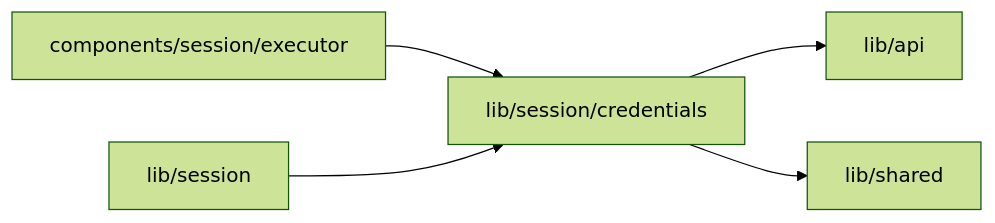
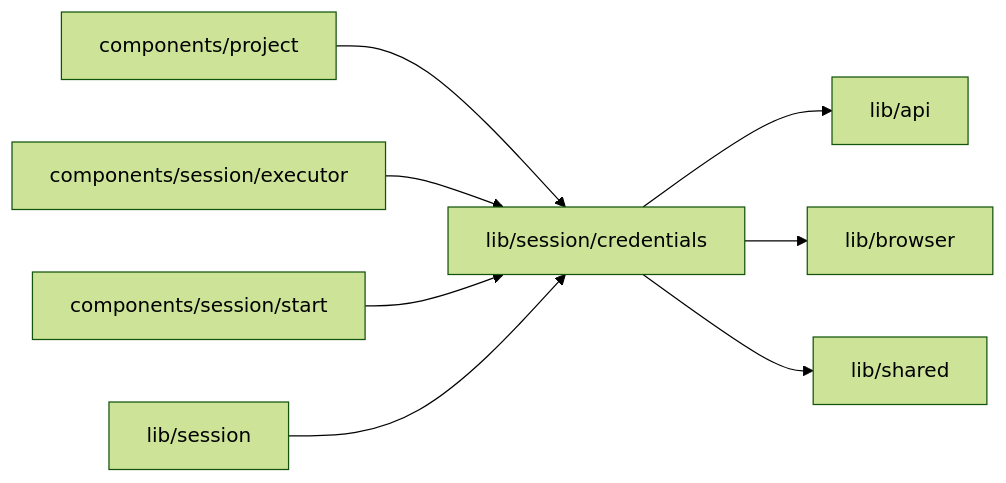
One commit to superdurable/superverse changed the diagram in web/studio/lib/session/credentials/README.md. Above: the diagram before and after it, drawn with Mermaid (forest theme). The commit also changed other lines of this file and 30 other files, not shown here.

````diff
--- a/web/studio/lib/session/credentials/README.md
+++ b/web/studio/lib/session/credentials/README.md
@@ -10,8 +10,11 @@
 ```mermaid
 flowchart LR
   self["lib/session/credentials"]
-  c0["components/session/executor"] --> self
-  c1["lib/session"] --> self
+  c0["components/project"] --> self
+  c1["components/session/executor"] --> self
+  c2["components/session/start"] --> self
+  c3["lib/session"] --> self
   self --> d0["lib/api"]
-  self --> d1["lib/shared"]
+  self --> d1["lib/browser"]
+  self --> d2["lib/shared"]
 ```
````
